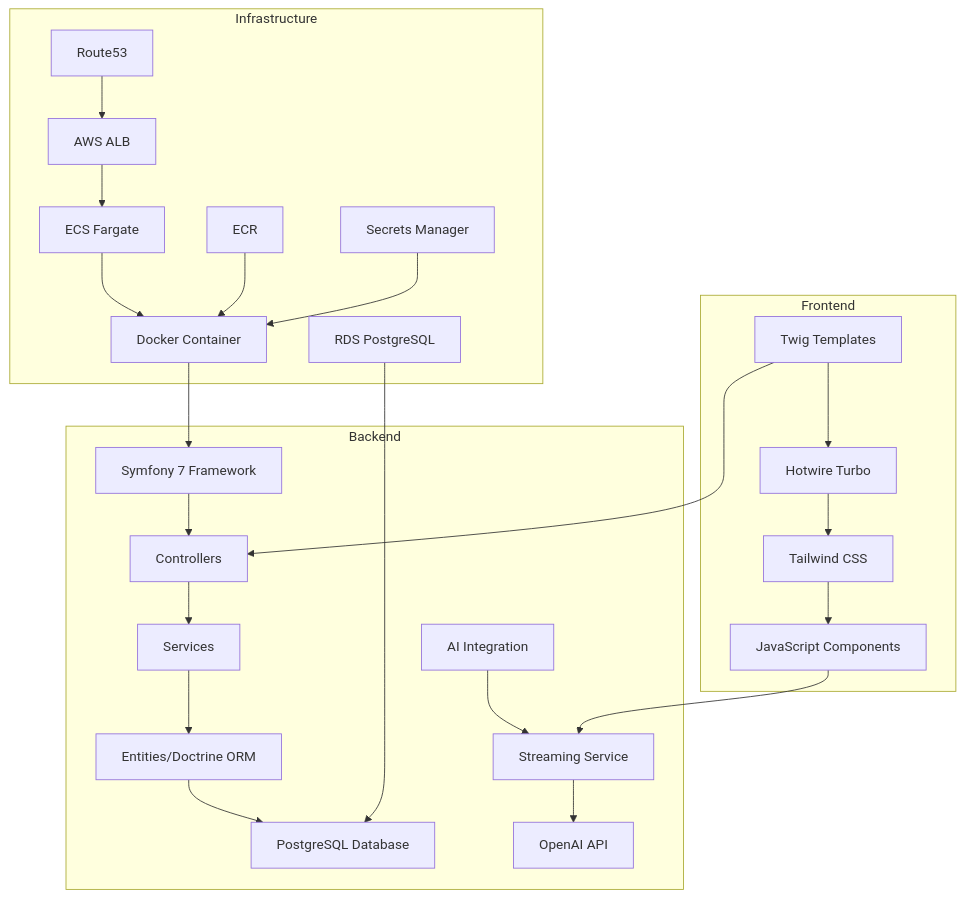
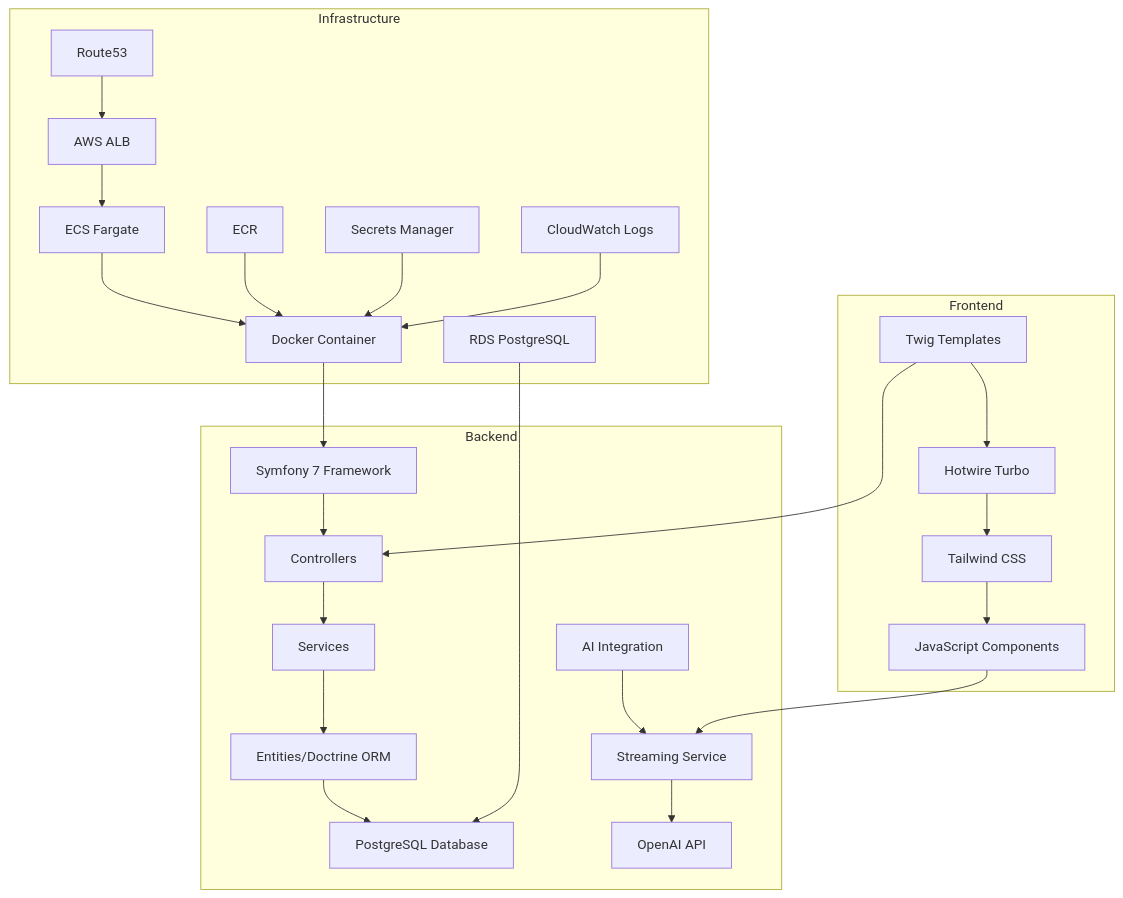
Before and after one commit to dubscode/travelbot: the diagram in docs/architecture/README.md, drawn with Mermaid. The commit also changed other lines of this file and 9 other files, not shown here.

````diff
--- a/docs/architecture/README.md
+++ b/docs/architecture/README.md
@@ -7,32 +7,33 @@
 ```mermaid
 graph TB
     subgraph "Frontend"
         A[Twig Templates] --> B[Hotwire Turbo]
         B --> C[Tailwind CSS]
         C --> D[JavaScript Components]
     end
     
     subgraph "Backend"
         E[Symfony 7 Framework] --> F[Controllers]
         F --> G[Services]
         G --> H[Entities/Doctrine ORM]
         H --> I[PostgreSQL Database]
         
         J[AI Integration] --> K[Streaming Service]
         K --> L[OpenAI API]
     end
     
     subgraph "Infrastructure"
         M[AWS ALB] --> N[ECS Fargate]
         N --> O[Docker Container]
         O --> E
         
         P[Route53] --> M
         Q[ECR] --> O
         R[RDS PostgreSQL] --> I
         S[Secrets Manager] --> O
+        T[CloudWatch Logs] --> O
     end
     
     A --> F
     D --> K
 ```
````
